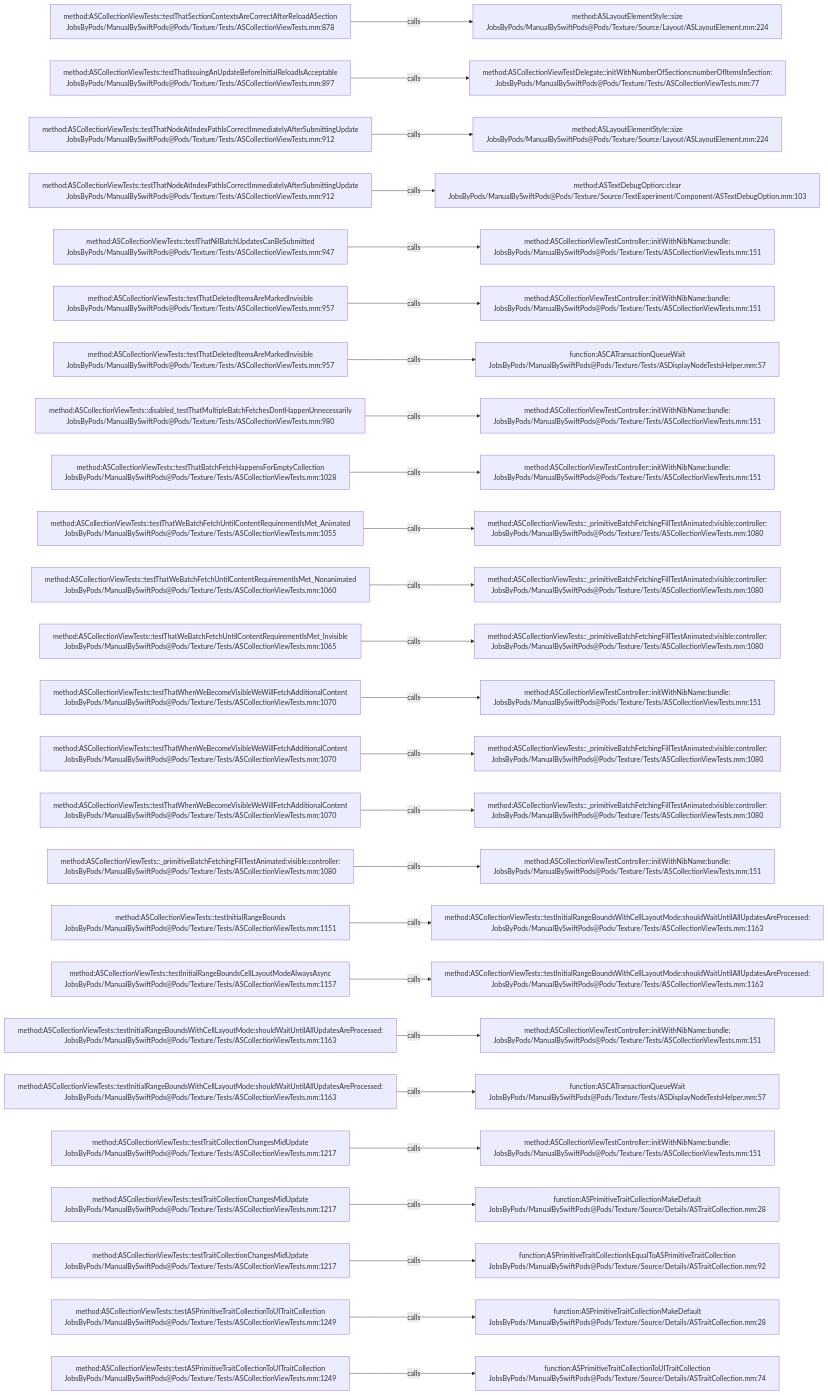
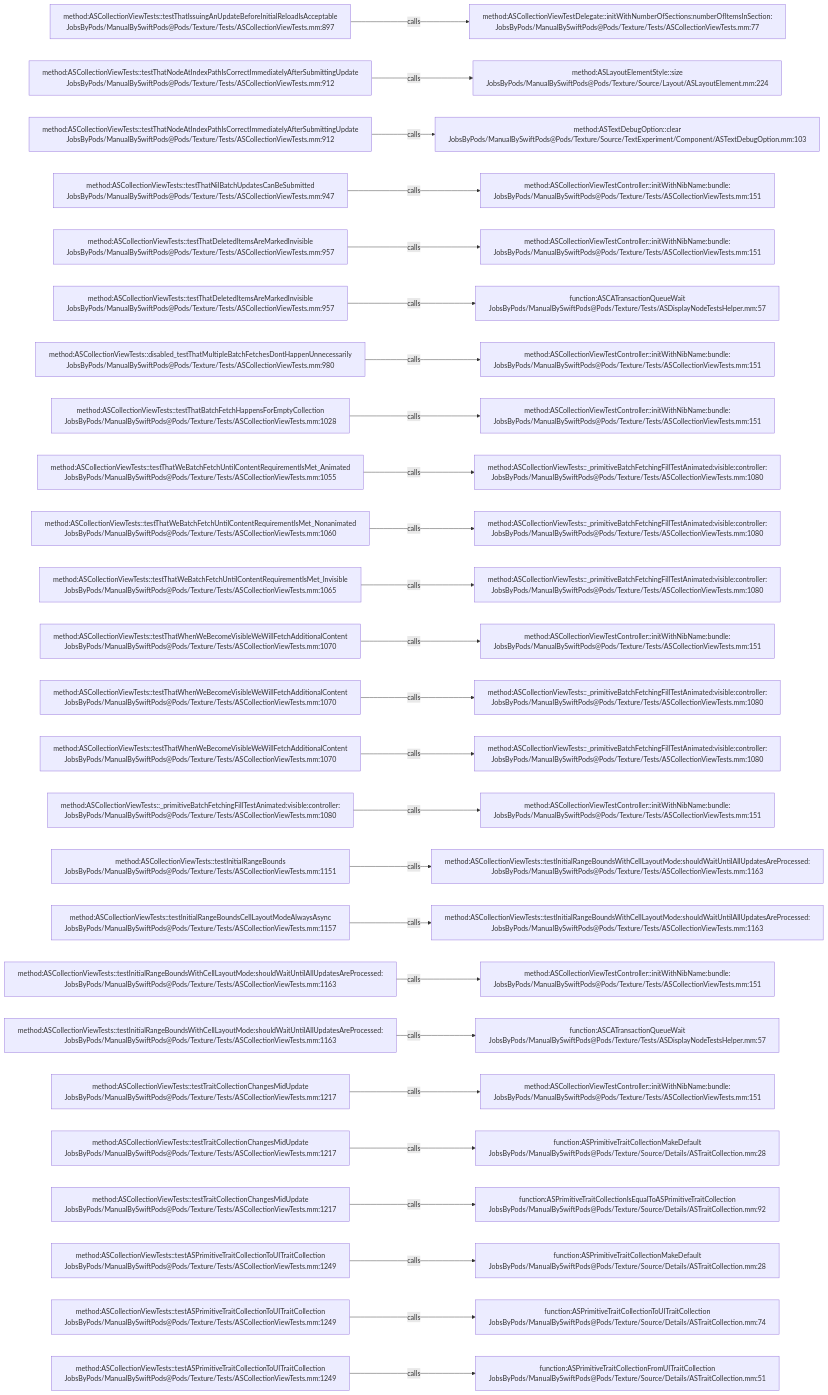
Before and after one commit to JobsKits/JobsSwiftBaseConfigDemo: the diagram in .codegraph/codegraph.md/graphs/calls-173.md, drawn with Mermaid. The commit also changed 747 other files, not shown here.

````diff
--- a/.codegraph/codegraph.md/graphs/calls-173.md
+++ b/.codegraph/codegraph.md/graphs/calls-173.md
@@ -13,78 +13,78 @@
 ```mermaid
 flowchart LR
-  S1["method:ASCollectionViewTests::testThatSectionContextsAreCorrectAfterReloadASection<br/>JobsByPods/ManualBySwiftPods@Pods/Texture/Tests/ASCollectionViewTests.mm:878"]
-  T1["method:ASLayoutElementStyle::size<br/>JobsByPods/ManualBySwiftPods@Pods/Texture/Source/Layout/ASLayoutElement.mm:224"]
+  S1["method:ASCollectionViewTests::testThatIssuingAnUpdateBeforeInitialReloadIsAcceptable<br/>JobsByPods/ManualBySwiftPods@Pods/Texture/Tests/ASCollectionViewTests.mm:897"]
+  T1["method:ASCollectionViewTestDelegate::initWithNumberOfSections:numberOfItemsInSection:<br/>JobsByPods/ManualBySwiftPods@Pods/Texture/Tests/ASCollectionViewTests.mm:77"]
   S1 -->|calls| T1
-  S2["method:ASCollectionViewTests::testThatIssuingAnUpdateBeforeInitialReloadIsAcceptable<br/>JobsByPods/ManualBySwiftPods@Pods/Texture/Tests/ASCollectionViewTests.mm:897"]
-  T2["method:ASCollectionViewTestDelegate::initWithNumberOfSections:numberOfItemsInSection:<br/>JobsByPods/ManualBySwiftPods@Pods/Texture/Tests/ASCollectionViewTests.mm:77"]
+  S2["method:ASCollectionViewTests::testThatNodeAtIndexPathIsCorrectImmediatelyAfterSubmittingUpdate<br/>JobsByPods/ManualBySwiftPods@Pods/Texture/Tests/ASCollectionViewTests.mm:912"]
+  T2["method:ASLayoutElementStyle::size<br/>JobsByPods/ManualBySwiftPods@Pods/Texture/Source/Layout/ASLayoutElement.mm:224"]
   S2 -->|calls| T2
   S3["method:ASCollectionViewTests::testThatNodeAtIndexPathIsCorrectImmediatelyAfterSubmittingUpdate<br/>JobsByPods/ManualBySwiftPods@Pods/Texture/Tests/ASCollectionViewTests.mm:912"]
-  T3["method:ASLayoutElementStyle::size<br/>JobsByPods/ManualBySwiftPods@Pods/Texture/Source/Layout/ASLayoutElement.mm:224"]
+  T3["method:ASTextDebugOption::clear<br/>JobsByPods/ManualBySwiftPods@Pods/Texture/Source/TextExperiment/Component/ASTextDebugOption.mm:103"]
   S3 -->|calls| T3
-  S4["method:ASCollectionViewTests::testThatNodeAtIndexPathIsCorrectImmediatelyAfterSubmittingUpdate<br/>JobsByPods/ManualBySwiftPods@Pods/Texture/Tests/ASCollectionViewTests.mm:912"]
-  T4["method:ASTextDebugOption::clear<br/>JobsByPods/ManualBySwiftPods@Pods/Texture/Source/TextExperiment/Component/ASTextDebugOption.mm:103"]
+  S4["method:ASCollectionViewTests::testThatNilBatchUpdatesCanBeSubmitted<br/>JobsByPods/ManualBySwiftPods@Pods/Texture/Tests/ASCollectionViewTests.mm:947"]
+  T4["method:ASCollectionViewTestController::initWithNibName:bundle:<br/>JobsByPods/ManualBySwiftPods@Pods/Texture/Tests/ASCollectionViewTests.mm:151"]
   S4 -->|calls| T4
-  S5["method:ASCollectionViewTests::testThatNilBatchUpdatesCanBeSubmitted<br/>JobsByPods/ManualBySwiftPods@Pods/Texture/Tests/ASCollectionViewTests.mm:947"]
+  S5["method:ASCollectionViewTests::testThatDeletedItemsAreMarkedInvisible<br/>JobsByPods/ManualBySwiftPods@Pods/Texture/Tests/ASCollectionViewTests.mm:957"]
   T5["method:ASCollectionViewTestController::initWithNibName:bundle:<br/>JobsByPods/ManualBySwiftPods@Pods/Texture/Tests/ASCollectionViewTests.mm:151"]
   S5 -->|calls| T5
   S6["method:ASCollectionViewTests::testThatDeletedItemsAreMarkedInvisible<br/>JobsByPods/ManualBySwiftPods@Pods/Texture/Tests/ASCollectionViewTests.mm:957"]
-  T6["method:ASCollectionViewTestController::initWithNibName:bundle:<br/>JobsByPods/ManualBySwiftPods@Pods/Texture/Tests/ASCollectionViewTests.mm:151"]
+  T6["function:ASCATransactionQueueWait<br/>JobsByPods/ManualBySwiftPods@Pods/Texture/Tests/ASDisplayNodeTestsHelper.mm:57"]
   S6 -->|calls| T6
-  S7["method:ASCollectionViewTests::testThatDeletedItemsAreMarkedInvisible<br/>JobsByPods/ManualBySwiftPods@Pods/Texture/Tests/ASCollectionViewTests.mm:957"]
-  T7["function:ASCATransactionQueueWait<br/>JobsByPods/ManualBySwiftPods@Pods/Texture/Tests/ASDisplayNodeTestsHelper.mm:57"]
+  S7["method:ASCollectionViewTests::disabled_testThatMultipleBatchFetchesDontHappenUnnecessarily<br/>JobsByPods/ManualBySwiftPods@Pods/Texture/Tests/ASCollectionViewTests.mm:980"]
+  T7["method:ASCollectionViewTestController::initWithNibName:bundle:<br/>JobsByPods/ManualBySwiftPods@Pods/Texture/Tests/ASCollectionViewTests.mm:151"]
   S7 -->|calls| T7
-  S8["method:ASCollectionViewTests::disabled_testThatMultipleBatchFetchesDontHappenUnnecessarily<br/>JobsByPods/ManualBySwiftPods@Pods/Texture/Tests/ASCollectionViewTests.mm:980"]
+  S8["method:ASCollectionViewTests::testThatBatchFetchHappensForEmptyCollection<br/>JobsByPods/ManualBySwiftPods@Pods/Texture/Tests/ASCollectionViewTests.mm:1028"]
   T8["method:ASCollectionViewTestController::initWithNibName:bundle:<br/>JobsByPods/ManualBySwiftPods@Pods/Texture/Tests/ASCollectionViewTests.mm:151"]
   S8 -->|calls| T8
-  S9["method:ASCollectionViewTests::testThatBatchFetchHappensForEmptyCollection<br/>JobsByPods/ManualBySwiftPods@Pods/Texture/Tests/ASCollectionViewTests.mm:1028"]
-  T9["method:ASCollectionViewTestController::initWithNibName:bundle:<br/>JobsByPods/ManualBySwiftPods@Pods/Texture/Tests/ASCollectionViewTests.mm:151"]
+  S9["method:ASCollectionViewTests::testThatWeBatchFetchUntilContentRequirementIsMet_Animated<br/>JobsByPods/ManualBySwiftPods@Pods/Texture/Tests/ASCollectionViewTests.mm:1055"]
+  T9["method:ASCollectionViewTests::_primitiveBatchFetchingFillTestAnimated:visible:controller:<br/>JobsByPods/ManualBySwiftPods@Pods/Texture/Tests/ASCollectionViewTests.mm:1080"]
   S9 -->|calls| T9
-  S10["method:ASCollectionViewTests::testThatWeBatchFetchUntilContentRequirementIsMet_Animated<br/>JobsByPods/ManualBySwiftPods@Pods/Texture/Tests/ASCollectionViewTests.mm:1055"]
+  S10["method:ASCollectionViewTests::testThatWeBatchFetchUntilContentRequirementIsMet_Nonanimated<br/>JobsByPods/ManualBySwiftPods@Pods/Texture/Tests/ASCollectionViewTests.mm:1060"]
   T10["method:ASCollectionViewTests::_primitiveBatchFetchingFillTestAnimated:visible:controller:<br/>JobsByPods/ManualBySwiftPods@Pods/Texture/Tests/ASCollectionViewTests.mm:1080"]
   S10 -->|calls| T10
-  S11["method:ASCollectionViewTests::testThatWeBatchFetchUntilContentRequirementIsMet_Nonanimated<br/>JobsByPods/ManualBySwiftPods@Pods/Texture/Tests/ASCollectionViewTests.mm:1060"]
+  S11["method:ASCollectionViewTests::testThatWeBatchFetchUntilContentRequirementIsMet_Invisible<br/>JobsByPods/ManualBySwiftPods@Pods/Texture/Tests/ASCollectionViewTests.mm:1065"]
   T11["method:ASCollectionViewTests::_primitiveBatchFetchingFillTestAnimated:visible:controller:<br/>JobsByPods/ManualBySwiftPods@Pods/Texture/Tests/ASCollectionViewTests.mm:1080"]
   S11 -->|calls| T11
-  S12["method:ASCollectionViewTests::testThatWeBatchFetchUntilContentRequirementIsMet_Invisible<br/>JobsByPods/ManualBySwiftPods@Pods/Texture/Tests/ASCollectionViewTests.mm:1065"]
-  T12["method:ASCollectionViewTests::_primitiveBatchFetchingFillTestAnimated:visible:controller:<br/>JobsByPods/ManualBySwiftPods@Pods/Texture/Tests/ASCollectionViewTests.mm:1080"]
+  S12["method:ASCollectionViewTests::testThatWhenWeBecomeVisibleWeWillFetchAdditionalContent<br/>JobsByPods/ManualBySwiftPods@Pods/Texture/Tests/ASCollectionViewTests.mm:1070"]
+  T12["method:ASCollectionViewTestController::initWithNibName:bundle:<br/>JobsByPods/ManualBySwiftPods@Pods/Texture/Tests/ASCollectionViewTests.mm:151"]
   S12 -->|calls| T12
   S13["method:ASCollectionViewTests::testThatWhenWeBecomeVisibleWeWillFetchAdditionalContent<br/>JobsByPods/ManualBySwiftPods@Pods/Texture/Tests/ASCollectionViewTests.mm:1070"]
-  T13["method:ASCollectionViewTestController::initWithNibName:bundle:<br/>JobsByPods/ManualBySwiftPods@Pods/Texture/Tests/ASCollectionViewTests.mm:151"]
+  T13["method:ASCollectionViewTests::_primitiveBatchFetchingFillTestAnimated:visible:controller:<br/>JobsByPods/ManualBySwiftPods@Pods/Texture/Tests/ASCollectionViewTests.mm:1080"]
   S13 -->|calls| T13
   S14["method:ASCollectionViewTests::testThatWhenWeBecomeVisibleWeWillFetchAdditionalContent<br/>JobsByPods/ManualBySwiftPods@Pods/Texture/Tests/ASCollectionViewTests.mm:1070"]
   T14["method:ASCollectionViewTests::_primitiveBatchFetchingFillTestAnimated:visible:controller:<br/>JobsByPods/ManualBySwiftPods@Pods/Texture/Tests/ASCollectionViewTests.mm:1080"]
   S14 -->|calls| T14
-  S15["method:ASCollectionViewTests::testThatWhenWeBecomeVisibleWeWillFetchAdditionalContent<br/>JobsByPods/ManualBySwiftPods@Pods/Texture/Tests/ASCollectionViewTests.mm:1070"]
-  T15["method:ASCollectionViewTests::_primitiveBatchFetchingFillTestAnimated:visible:controller:<br/>JobsByPods/ManualBySwiftPods@Pods/Texture/Tests/ASCollectionViewTests.mm:1080"]
+  S15["method:ASCollectionViewTests::_primitiveBatchFetchingFillTestAnimated:visible:controller:<br/>JobsByPods/ManualBySwiftPods@Pods/Texture/Tests/ASCollectionViewTests.mm:1080"]
+  T15["method:ASCollectionViewTestController::initWithNibName:bundle:<br/>JobsByPods/ManualBySwiftPods@Pods/Texture/Tests/ASCollectionViewTests.mm:151"]
   S15 -->|calls| T15
-  S16["method:ASCollectionViewTests::_primitiveBatchFetchingFillTestAnimated:visible:controller:<br/>JobsByPods/ManualBySwiftPods@Pods/Texture/Tests/ASCollectionViewTests.mm:1080"]
-  T16["method:ASCollectionViewTestController::initWithNibName:bundle:<br/>JobsByPods/ManualBySwiftPods@Pods/Texture/Tests/ASCollectionViewTests.mm:151"]
+  S16["method:ASCollectionViewTests::testInitialRangeBounds<br/>JobsByPods/ManualBySwiftPods@Pods/Texture/Tests/ASCollectionViewTests.mm:1151"]
+  T16["method:ASCollectionViewTests::testInitialRangeBoundsWithCellLayoutMode:shouldWaitUntilAllUpdatesAreProcessed:<br/>JobsByPods/ManualBySwiftPods@Pods/Texture/Tests/ASCollectionViewTests.mm:1163"]
   S16 -->|calls| T16
-  S17["method:ASCollectionViewTests::testInitialRangeBounds<br/>JobsByPods/ManualBySwiftPods@Pods/Texture/Tests/ASCollectionViewTests.mm:1151"]
+  S17["method:ASCollectionViewTests::testInitialRangeBoundsCellLayoutModeAlwaysAsync<br/>JobsByPods/ManualBySwiftPods@Pods/Texture/Tests/ASCollectionViewTests.mm:1157"]
   T17["method:ASCollectionViewTests::testInitialRangeBoundsWithCellLayoutMode:shouldWaitUntilAllUpdatesAreProcessed:<br/>JobsByPods/ManualBySwiftPods@Pods/Texture/Tests/ASCollectionViewTests.mm:1163"]
   S17 -->|calls| T17
-  S18["method:ASCollectionViewTests::testInitialRangeBoundsCellLayoutModeAlwaysAsync<br/>JobsByPods/ManualBySwiftPods@Pods/Texture/Tests/ASCollectionViewTests.mm:1157"]
-  T18["method:ASCollectionViewTests::testInitialRangeBoundsWithCellLayoutMode:shouldWaitUntilAllUpdatesAreProcessed:<br/>JobsByPods/ManualBySwiftPods@Pods/Texture/Tests/ASCollectionViewTests.mm:1163"]
+  S18["method:ASCollectionViewTests::testInitialRangeBoundsWithCellLayoutMode:shouldWaitUntilAllUpdatesAreProcessed:<br/>JobsByPods/ManualBySwiftPods@Pods/Texture/Tests/ASCollectionViewTests.mm:1163"]
+  T18["method:ASCollectionViewTestController::initWithNibName:bundle:<br/>JobsByPods/ManualBySwiftPods@Pods/Texture/Tests/ASCollectionViewTests.mm:151"]
   S18 -->|calls| T18
   S19["method:ASCollectionViewTests::testInitialRangeBoundsWithCellLayoutMode:shouldWaitUntilAllUpdatesAreProcessed:<br/>JobsByPods/ManualBySwiftPods@Pods/Texture/Tests/ASCollectionViewTests.mm:1163"]
-  T19["method:ASCollectionViewTestController::initWithNibName:bundle:<br/>JobsByPods/ManualBySwiftPods@Pods/Texture/Tests/ASCollectionViewTests.mm:151"]
+  T19["function:ASCATransactionQueueWait<br/>JobsByPods/ManualBySwiftPods@Pods/Texture/Tests/ASDisplayNodeTestsHelper.mm:57"]
   S19 -->|calls| T19
-  S20["method:ASCollectionViewTests::testInitialRangeBoundsWithCellLayoutMode:shouldWaitUntilAllUpdatesAreProcessed:<br/>JobsByPods/ManualBySwiftPods@Pods/Texture/Tests/ASCollectionViewTests.mm:1163"]
-  T20["function:ASCATransactionQueueWait<br/>JobsByPods/ManualBySwiftPods@Pods/Texture/Tests/ASDisplayNodeTestsHelper.mm:57"]
+  S20["method:ASCollectionViewTests::testTraitCollectionChangesMidUpdate<br/>JobsByPods/ManualBySwiftPods@Pods/Texture/Tests/ASCollectionViewTests.mm:1217"]
+  T20["method:ASCollectionViewTestController::initWithNibName:bundle:<br/>JobsByPods/ManualBySwiftPods@Pods/Texture/Tests/ASCollectionViewTests.mm:151"]
   S20 -->|calls| T20
   S21["method:ASCollectionViewTests::testTraitCollectionChangesMidUpdate<br/>JobsByPods/ManualBySwiftPods@Pods/Texture/Tests/ASCollectionViewTests.mm:1217"]
-  T21["method:ASCollectionViewTestController::initWithNibName:bundle:<br/>JobsByPods/ManualBySwiftPods@Pods/Texture/Tests/ASCollectionViewTests.mm:151"]
+  T21["function:ASPrimitiveTraitCollectionMakeDefault<br/>JobsByPods/ManualBySwiftPods@Pods/Texture/Source/Details/ASTraitCollection.mm:28"]
   S21 -->|calls| T21
   S22["method:ASCollectionViewTests::testTraitCollectionChangesMidUpdate<br/>JobsByPods/ManualBySwiftPods@Pods/Texture/Tests/ASCollectionViewTests.mm:1217"]
-  T22["function:ASPrimitiveTraitCollectionMakeDefault<br/>JobsByPods/ManualBySwiftPods@Pods/Texture/Source/Details/ASTraitCollection.mm:28"]
+  T22["function:ASPrimitiveTraitCollectionIsEqualToASPrimitiveTraitCollection<br/>JobsByPods/ManualBySwiftPods@Pods/Texture/Source/Details/ASTraitCollection.mm:92"]
   S22 -->|calls| T22
-  S23["method:ASCollectionViewTests::testTraitCollectionChangesMidUpdate<br/>JobsByPods/ManualBySwiftPods@Pods/Texture/Tests/ASCollectionViewTests.mm:1217"]
-  T23["function:ASPrimitiveTraitCollectionIsEqualToASPrimitiveTraitCollection<br/>JobsByPods/ManualBySwiftPods@Pods/Texture/Source/Details/ASTraitCollection.mm:92"]
+  S23["method:ASCollectionViewTests::testASPrimitiveTraitCollectionToUITraitCollection<br/>JobsByPods/ManualBySwiftPods@Pods/Texture/Tests/ASCollectionViewTests.mm:1249"]
+  T23["function:ASPrimitiveTraitCollectionMakeDefault<br/>JobsByPods/ManualBySwiftPods@Pods/Texture/Source/Details/ASTraitCollection.mm:28"]
   S23 -->|calls| T23
   S24["method:ASCollectionViewTests::testASPrimitiveTraitCollectionToUITraitCollection<br/>JobsByPods/ManualBySwiftPods@Pods/Texture/Tests/ASCollectionViewTests.mm:1249"]
-  T24["function:ASPrimitiveTraitCollectionMakeDefault<br/>JobsByPods/ManualBySwiftPods@Pods/Texture/Source/Details/ASTraitCollection.mm:28"]
+  T24["function:ASPrimitiveTraitCollectionToUITraitCollection<br/>JobsByPods/ManualBySwiftPods@Pods/Texture/Source/Details/ASTraitCollection.mm:74"]
   S24 -->|calls| T24
   S25["method:ASCollectionViewTests::testASPrimitiveTraitCollectionToUITraitCollection<br/>JobsByPods/ManualBySwiftPods@Pods/Texture/Tests/ASCollectionViewTests.mm:1249"]
-  T25["function:ASPrimitiveTraitCollectionToUITraitCollection<br/>JobsByPods/ManualBySwiftPods@Pods/Texture/Source/Details/ASTraitCollection.mm:74"]
+  T25["function:ASPrimitiveTraitCollectionFromUITraitCollection<br/>JobsByPods/ManualBySwiftPods@Pods/Texture/Source/Details/ASTraitCollection.mm:51"]
   S25 -->|calls| T25
 ```
````
